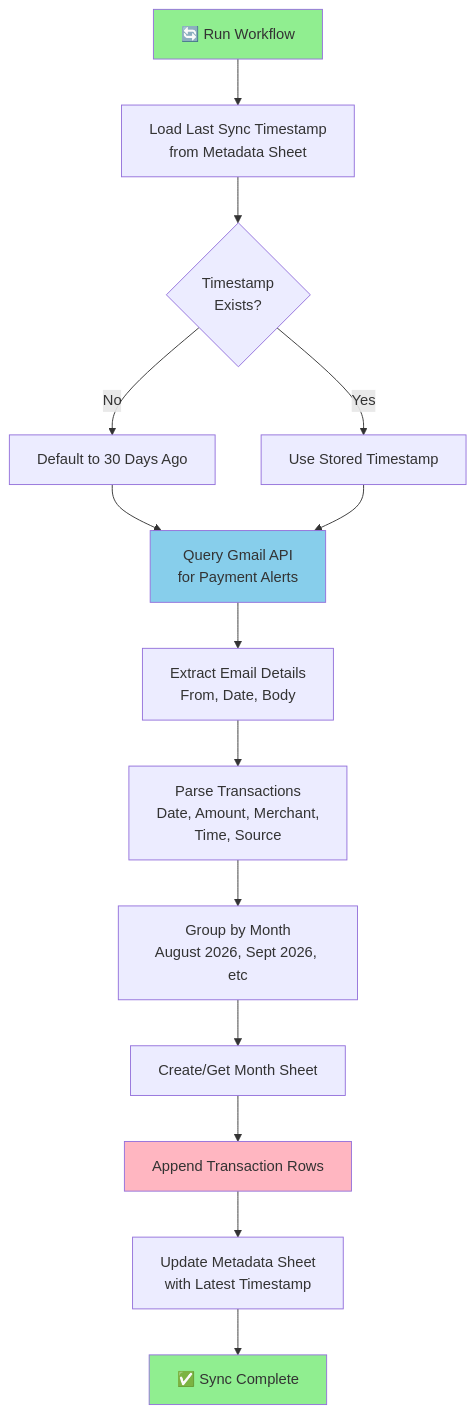
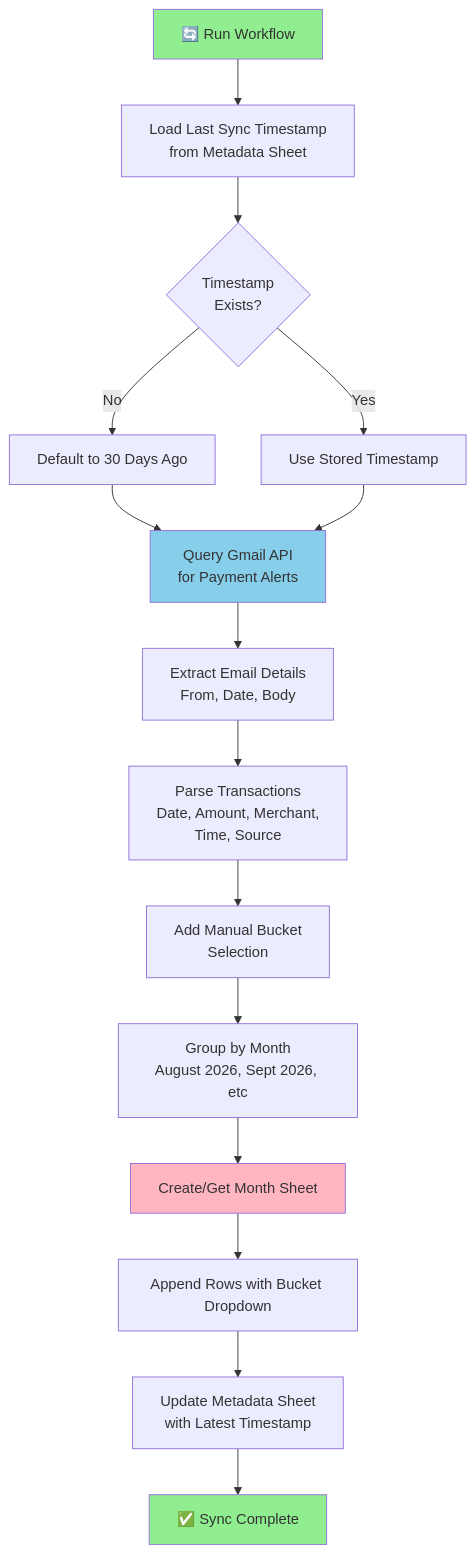
One commit to Praj-23-data/agentic-finance-tracker changed the diagram in README.md. Above: the diagram before and after it, drawn with Mermaid. The commit also changed other lines of this file and 5 other files, not shown here.

````diff
--- a/README.md
+++ b/README.md
@@ -250,21 +261,22 @@
 ```mermaid
 graph TD
     A["🔄 Run Workflow"] --> B["Load Last Sync Timestamp<br/>from Metadata Sheet"]
     B --> C{Timestamp<br/>Exists?}
     C -->|No| D["Default to 30 Days Ago"]
     C -->|Yes| E["Use Stored Timestamp"]
     D --> F["Query Gmail API<br/>for Payment Alerts"]
     E --> F
     F --> G["Extract Email Details<br/>From, Date, Body"]
     G --> H["Parse Transactions<br/>Date, Amount, Merchant,<br/>Time, Source"]
-    H --> I["Group by Month<br/>August 2026, Sept 2026, etc"]
-    I --> J["Create/Get Month Sheet"]
-    J --> K["Append Transaction Rows"]
-    K --> L["Update Metadata Sheet<br/>with Latest Timestamp"]
-    L --> M["✅ Sync Complete"]
+   H --> I["Add Manual Bucket<br/>Selection"]
+   I --> J["Group by Month<br/>August 2026, Sept 2026, etc"]
+   J --> K["Create/Get Month Sheet"]
+   K --> L["Append Rows with Bucket Dropdown"]
+   L --> M["Update Metadata Sheet<br/>with Latest Timestamp"]
+   M --> N["✅ Sync Complete"]
     
     style A fill:#90EE90
-    style M fill:#90EE90
+   style N fill:#90EE90
     style F fill:#87CEEB
     style K fill:#FFB6C1
 ```
````
